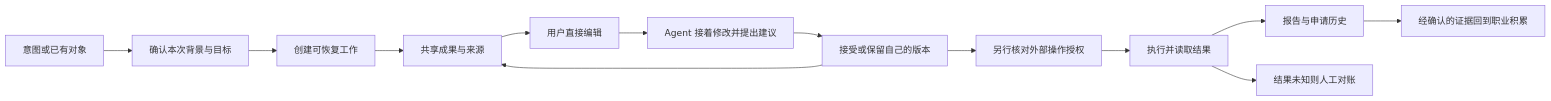
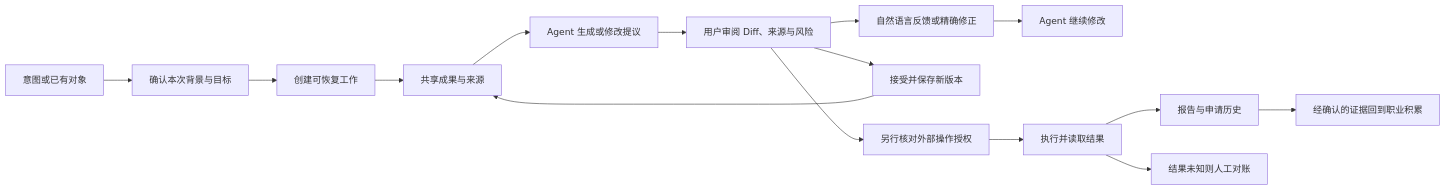
Before and after one commit to wanghong5233/careeract: the diagram in docs/topics/workspace/DESIGN.md, drawn with Mermaid. The commit also changed other lines of this file and 2 other files, not shown here.

Commit message:
docs: freeze agent-first workspace direction

````diff
--- a/docs/topics/workspace/DESIGN.md
+++ b/docs/topics/workspace/DESIGN.md
@@ -244,15 +243,17 @@
 ```mermaid
 flowchart LR
   Intent[意图或已有对象] --> Context[确认本次背景与目标]
   Context --> Work[创建可恢复工作]
   Work --> Artifact[共享成果与来源]
-  Artifact --> Human[用户直接编辑]
-  Human --> Proposal[Agent 接着修改并提出建议]
-  Proposal --> Review[接受或保留自己的版本]
-  Review --> Artifact
+  Artifact --> AgentDraft[Agent 生成或修改提议]
+  AgentDraft --> Review[用户审阅 Diff、来源与风险]
+  Review --> Feedback[自然语言反馈或精确修正]
+  Feedback --> Proposal[Agent 继续修改]
+  Review --> Accept[接受并保存新版本]
+  Accept --> Artifact
   Review --> Permission[另行核对外部操作授权]
   Permission --> Execute[执行并读取结果]
   Execute --> Evidence[报告与申请历史]
   Execute --> Unknown[结果未知则人工对账]
   Evidence --> Growth[经确认的证据回到职业积累]
 ```
````
